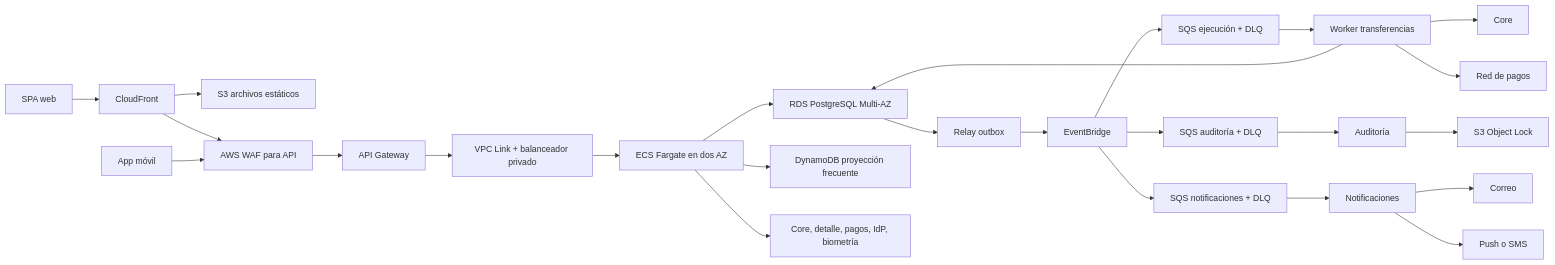
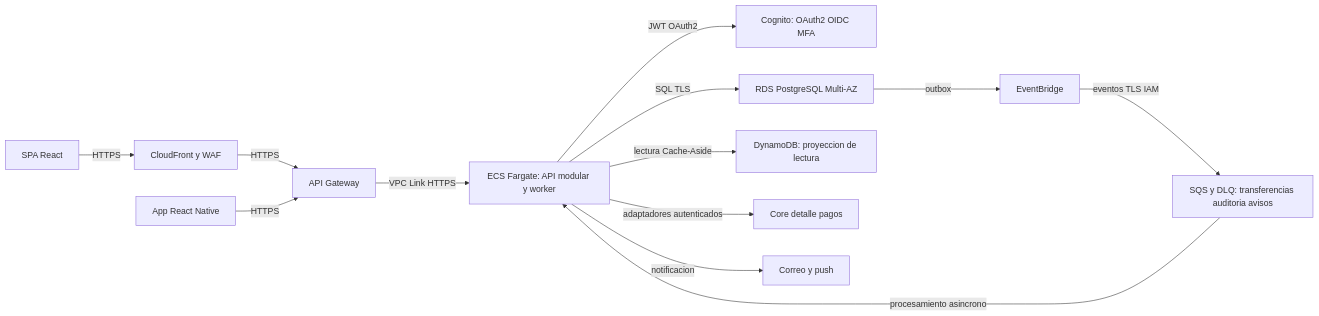
The diagram in docs/diagramas/contenedores-aws.mmd (LeirBaGMC/bp-arquitectura-banca-digital), drawn with Mermaid before and after one commit. The commit also changed 43 other files, not shown here.

```diff
--- a/docs/diagramas/contenedores-aws.mmd
+++ b/docs/diagramas/contenedores-aws.mmd
@@ -1,25 +1,25 @@
 flowchart LR
-    SPA[SPA web] --> CF[CloudFront]
-    CF --> S3[S3 archivos estáticos]
-    CF --> WAF[AWS WAF para API]
-    APP[App móvil] --> WAF
-    WAF --> API[API Gateway]
-    API --> LINK[VPC Link + balanceador privado]
-    LINK --> SERVICES[ECS Fargate en dos AZ]
-    SERVICES --> RDS[RDS PostgreSQL Multi-AZ]
-    SERVICES --> READ[DynamoDB proyección frecuente]
-    RDS --> RELAY[Relay outbox]
-    RELAY --> BUS[EventBridge]
-    BUS --> QTRANSFER[SQS ejecución + DLQ]
-    BUS --> QAUDIT[SQS auditoría + DLQ]
-    BUS --> QNOTIFY[SQS notificaciones + DLQ]
-    QTRANSFER --> WORKER[Worker transferencias]
-    WORKER --> CORE[Core]
-    WORKER --> RAIL[Red de pagos]
-    WORKER --> RDS
-    QAUDIT --> AUDIT[Auditoría]
-    QNOTIFY --> NOTIFY[Notificaciones]
-    AUDIT --> ARCHIVE[S3 Object Lock]
-    NOTIFY --> EMAIL[Correo]
-    NOTIFY --> PUSH[Push o SMS]
-    SERVICES --> EXT[Core, detalle, pagos, IdP, biometría]
+    SPA[SPA React]
+    APP[App React Native]
+    EDGE[CloudFront y WAF]
+    GATE[API Gateway]
+    ECS[ECS Fargate: API modular y worker]
+    COG[Cognito: OAuth2 OIDC MFA]
+    RDS[RDS PostgreSQL Multi-AZ]
+    DDB[DynamoDB: proyeccion de lectura]
+    BUS[EventBridge]
+    Q[SQS y DLQ: transferencias auditoria avisos]
+    CORE[Core detalle pagos]
+    PUSH[Correo y push]
+    SPA -->|HTTPS| EDGE
+    EDGE -->|HTTPS| GATE
+    APP -->|HTTPS| GATE
+    GATE -->|VPC Link HTTPS| ECS
+    ECS -->|JWT OAuth2| COG
+    ECS -->|SQL TLS| RDS
+    ECS -->|lectura Cache-Aside| DDB
+    RDS -->|outbox| BUS
+    BUS -->|eventos TLS IAM| Q
+    Q -->|procesamiento asincrono| ECS
+    ECS -->|adaptadores autenticados| CORE
+    ECS -->|notificacion| PUSH
```
